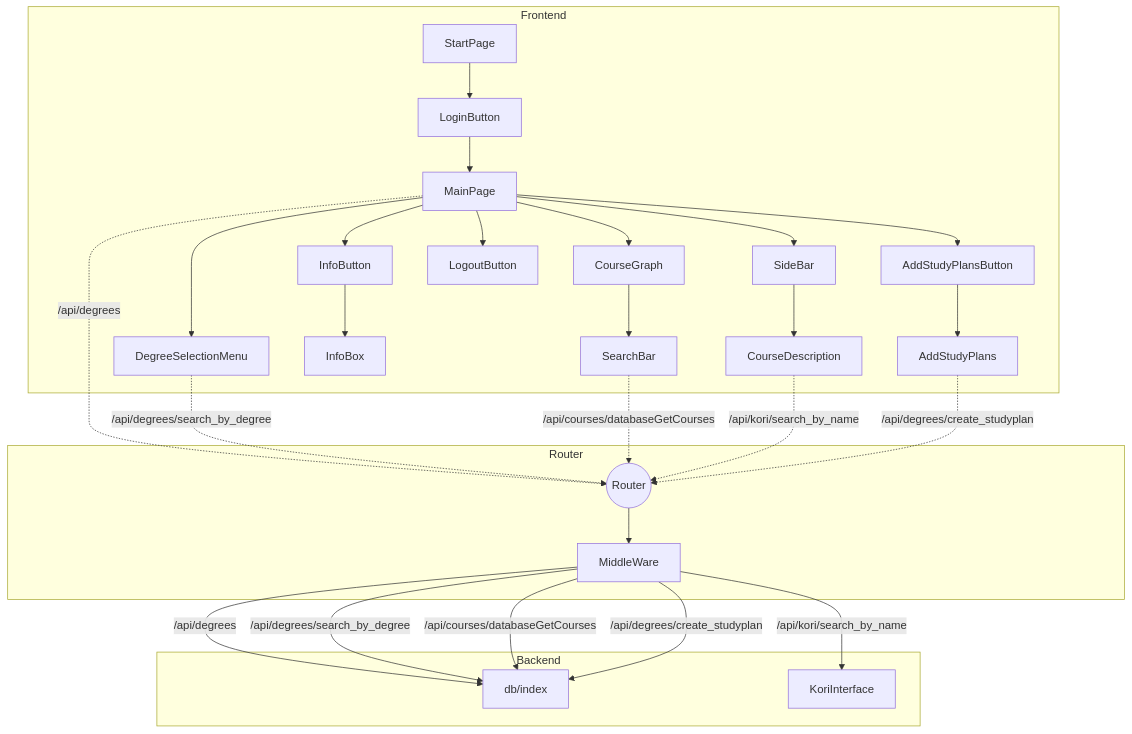
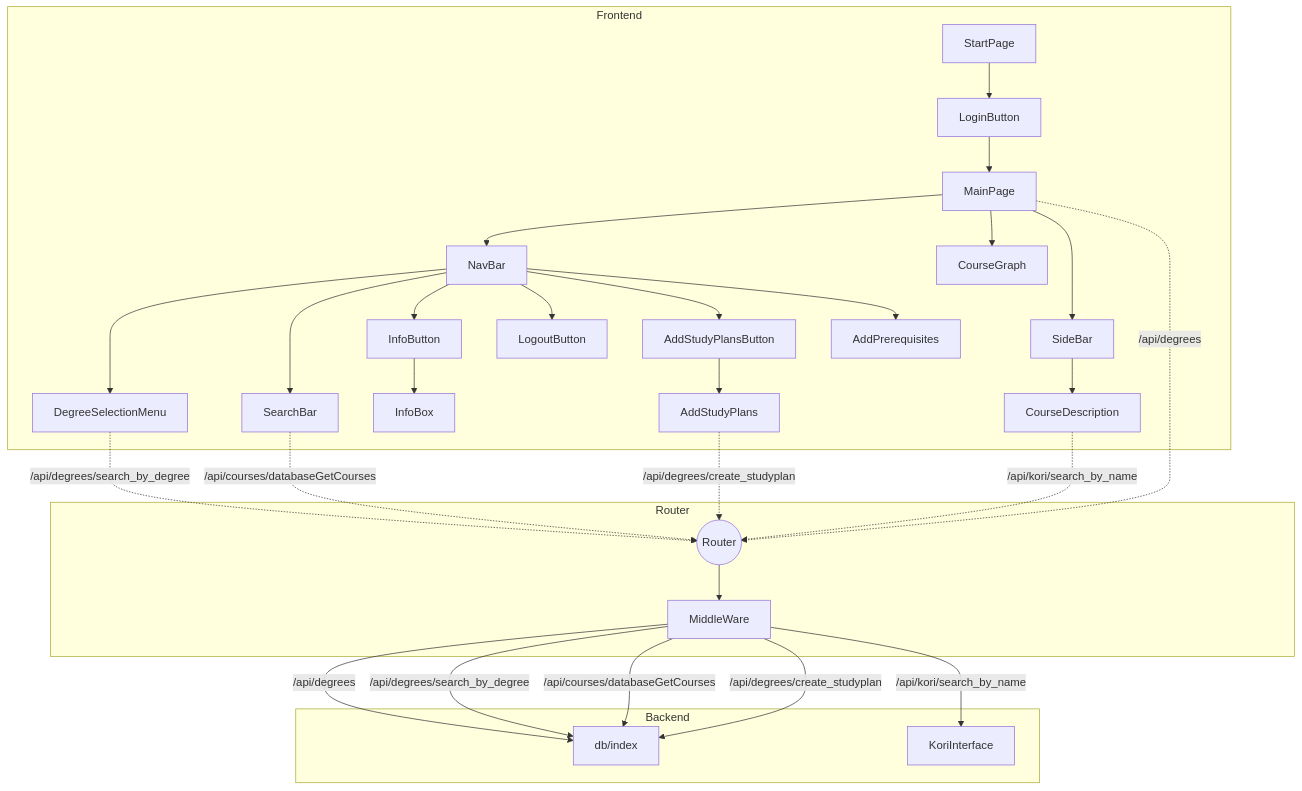
The diagram in documentation/developer/Architecture.md (Kurssiesitieto/kurssiesitieto-ohtuprojekti), drawn with Mermaid before and after one commit.

````diff
--- a/documentation/developer/Architecture.md
+++ b/documentation/developer/Architecture.md
@@ -2,38 +2,40 @@
 ```mermaid
 flowchart TD
     subgraph Frontend
     AA["StartPage"]
     AA --> J["LoginButton"]
     J --> A["MainPage"]
+    A --> R[NavBar]
     A --> B["CourseGraph"]
-    A --> C["DegreeSelectionMenu"]
-    B --> D["SearchBar"]
-    A --> E["InfoButton"]
+    R --> C["DegreeSelectionMenu"]
+    R --> D["SearchBar"]
+    R --> E["InfoButton"]
     E --> F["InfoBox"]
     A --> G["SideBar"]
     G --> H["CourseDescription"]
-    A --> O["LogoutButton"]
-    A --> P["AddStudyPlansButton"]
+    R --> O["LogoutButton"]
+    R --> P["AddStudyPlansButton"]
+    R --> S["AddPrerequisites"]
     P --> Q["AddStudyPlans"]
     end
 
     subgraph Router
     I(("Router"))
     A -."/api/degrees".->I
     C -."/api/degrees/search_by_degree".-> I
     D -."/api/courses/databaseGetCourses".-> I
     H -."/api/kori/search_by_name".->I
     Q -."/api/degrees/create_studyplan".->I
     I --> L[MiddleWare]
     end
 
     subgraph Backend
     L --"/api/degrees"--> K
     L --"/api/degrees/search_by_degree"--> K
     L --"/api/courses/databaseGetCourses"--> K
     L --"/api/degrees/create_studyplan" --> K
     L --"/api/kori/search_by_name"--> M
     K["db/index"]
     M[KoriInterface]
     end
 ```
````
